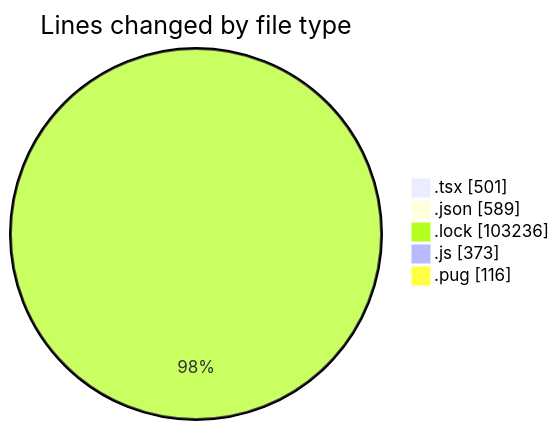
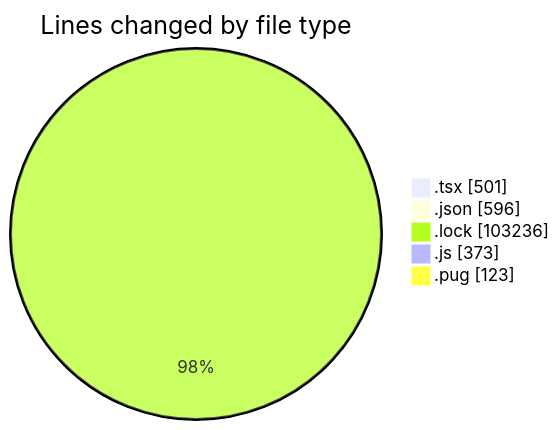
One commit to momahboobian/code-tracking changed the first of 2 diagrams in 2025-03-10/cda/README.md. Above: the diagram before and after it, drawn with Mermaid. The commit also changed other lines of this file and 1 other file, not shown here.

````diff
--- a/2025-03-10/cda/README.md
+++ b/2025-03-10/cda/README.md
@@ -45,9 +45,9 @@
 ```mermaid
 pie showData
 title Lines changed by file type
 ".tsx" : 501
-".json" : 589
+".json" : 596
 ".lock" : 103236
 ".js" : 373
-".pug" : 116
+".pug" : 123
 ```
````
